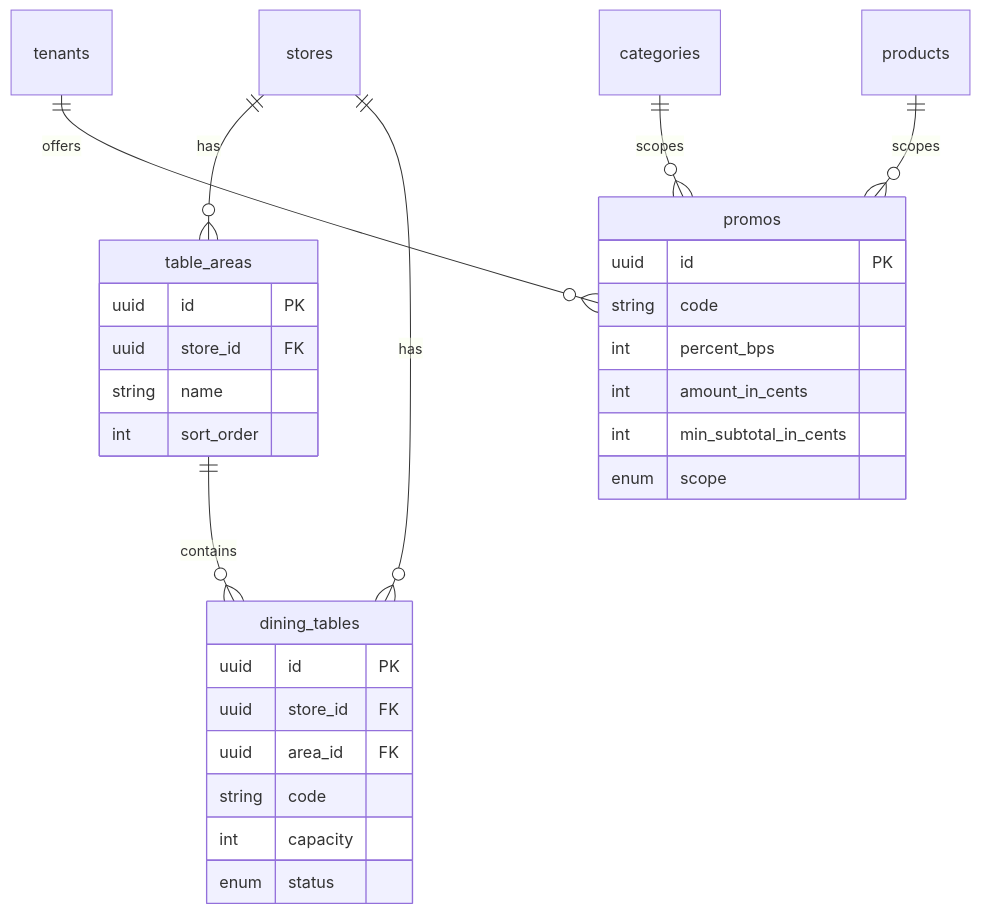
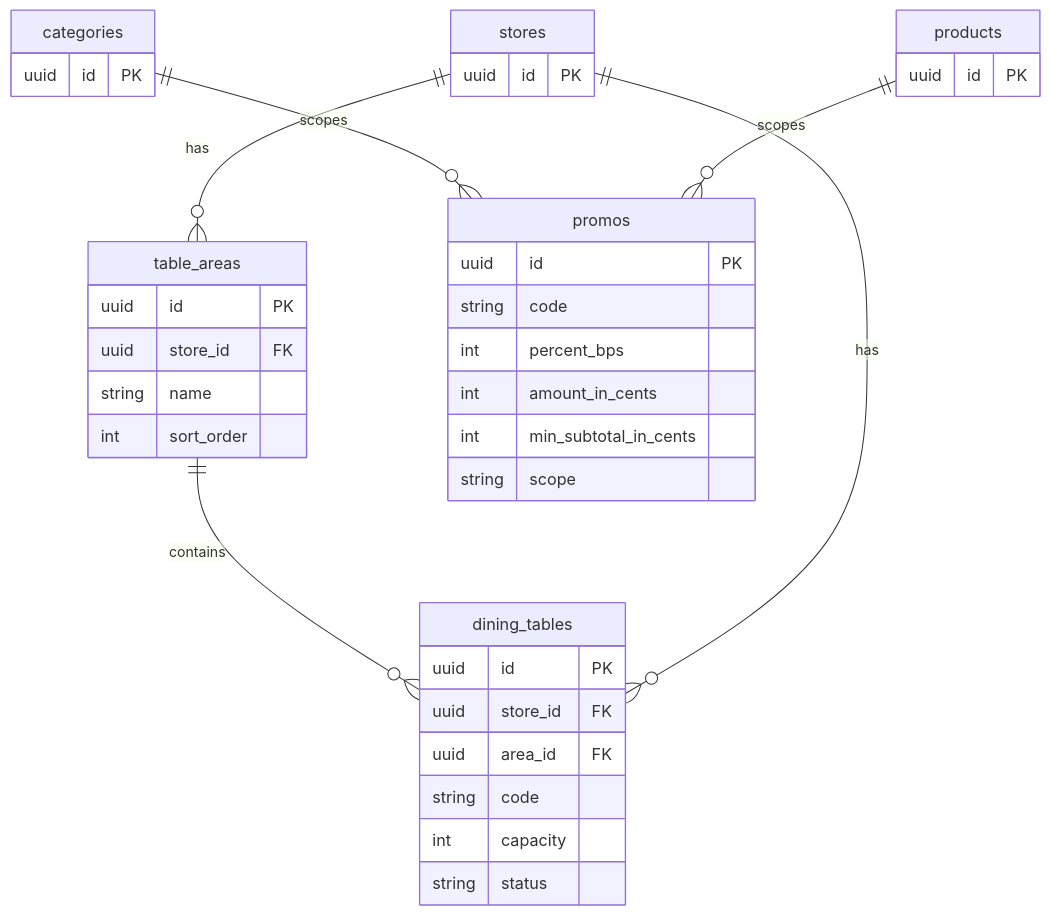
One commit to bionte4/mposbon changed the seventh of 11 diagrams in docs/ERD.md. Above: the diagram before and after it, drawn with Mermaid. The commit also changed other lines of this file, not shown here.

First line of the commit message:
Fix Mermaid ERD syntax for GitHub rendering.

````diff
--- a/docs/ERD.md
+++ b/docs/ERD.md
@@ -415,34 +486,45 @@
 ```mermaid
 erDiagram
-  stores ||--o{ table_areas : has
-  table_areas ||--o{ dining_tables : contains
-  stores ||--o{ dining_tables : has
-  tenants ||--o{ promos : offers
-  categories ||--o{ promos : scopes
-  products ||--o{ promos : scopes
+  stores ||--o{ table_areas : "has"
+  table_areas ||--o{ dining_tables : "contains"
+  stores ||--o{ dining_tables : "has"
+  categories ||--o{ promos : "scopes"
+  products ||--o{ promos : "scopes"
 
   table_areas {
     uuid id PK
     uuid store_id FK
     string name
     int sort_order
   }
 
   dining_tables {
     uuid id PK
     uuid store_id FK
     uuid area_id FK
     string code
     int capacity
-    enum status
+    string status
   }
 
   promos {
     uuid id PK
     string code
     int percent_bps
     int amount_in_cents
     int min_subtotal_in_cents
-    enum scope
+    string scope
+  }
+
+  stores {
+    uuid id PK
+  }
+
+  categories {
+    uuid id PK
+  }
+
+  products {
+    uuid id PK
   }
 ```
````
